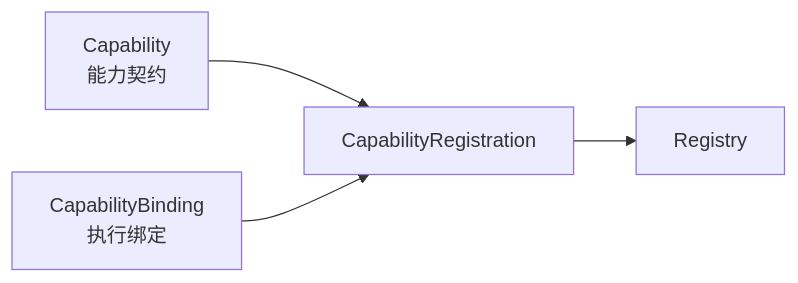
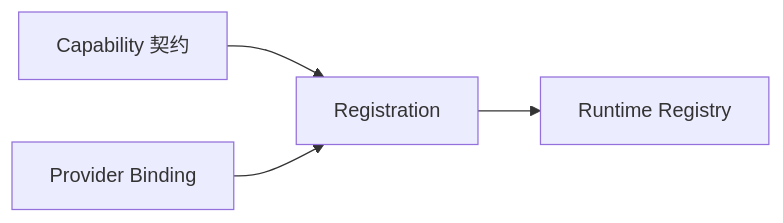
The third of 15 diagrams in docs/05-capability-and-tool-system.md (Arthur999459up/GitAgent), drawn with Mermaid before and after one commit. The commit also changed other lines of this file and 15 other files, not shown here.

````diff
--- a/docs/05-capability-and-tool-system.md
+++ b/docs/05-capability-and-tool-system.md
@@ -83,6 +56,6 @@
 ```mermaid
 flowchart LR
-    C[Capability<br/>能力契约] --> R[CapabilityRegistration]
-    B[CapabilityBinding<br/>执行绑定] --> R
-    R --> REG[Registry]
+    C[Capability 契约] --> R[Registration]
+    B[Provider Binding] --> R
+    R --> G[Runtime Registry]
 ```
````
